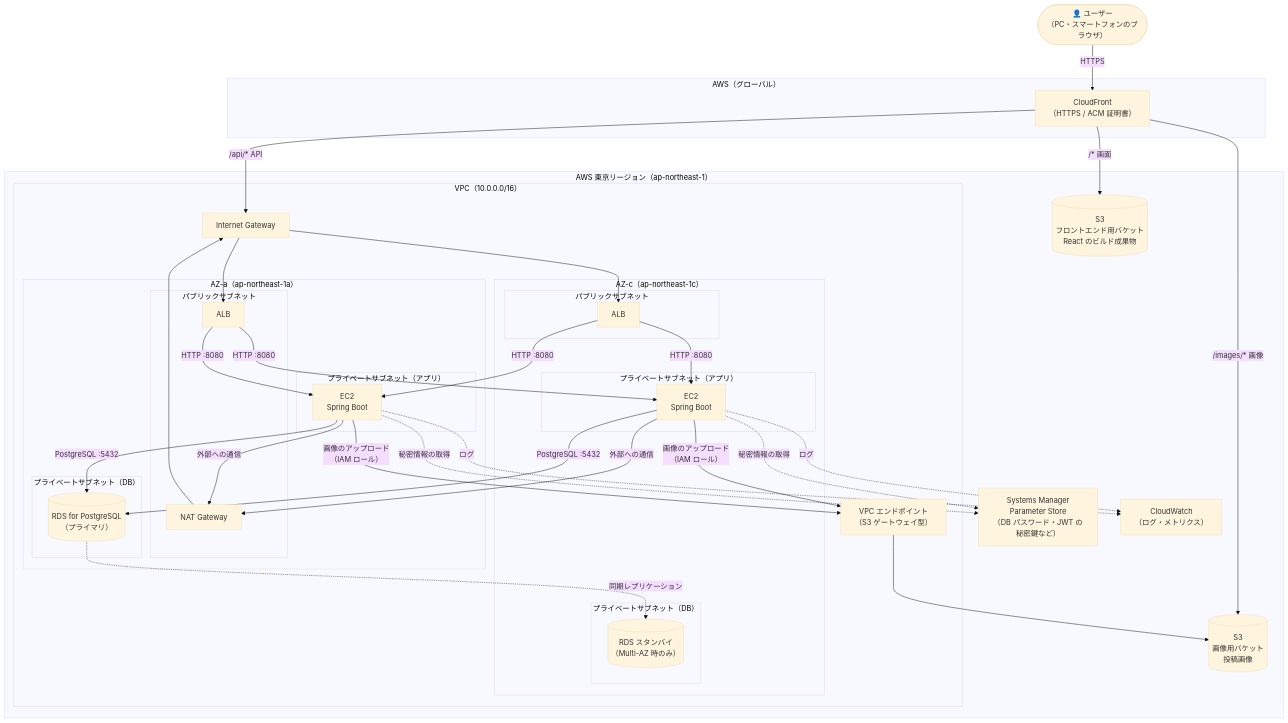
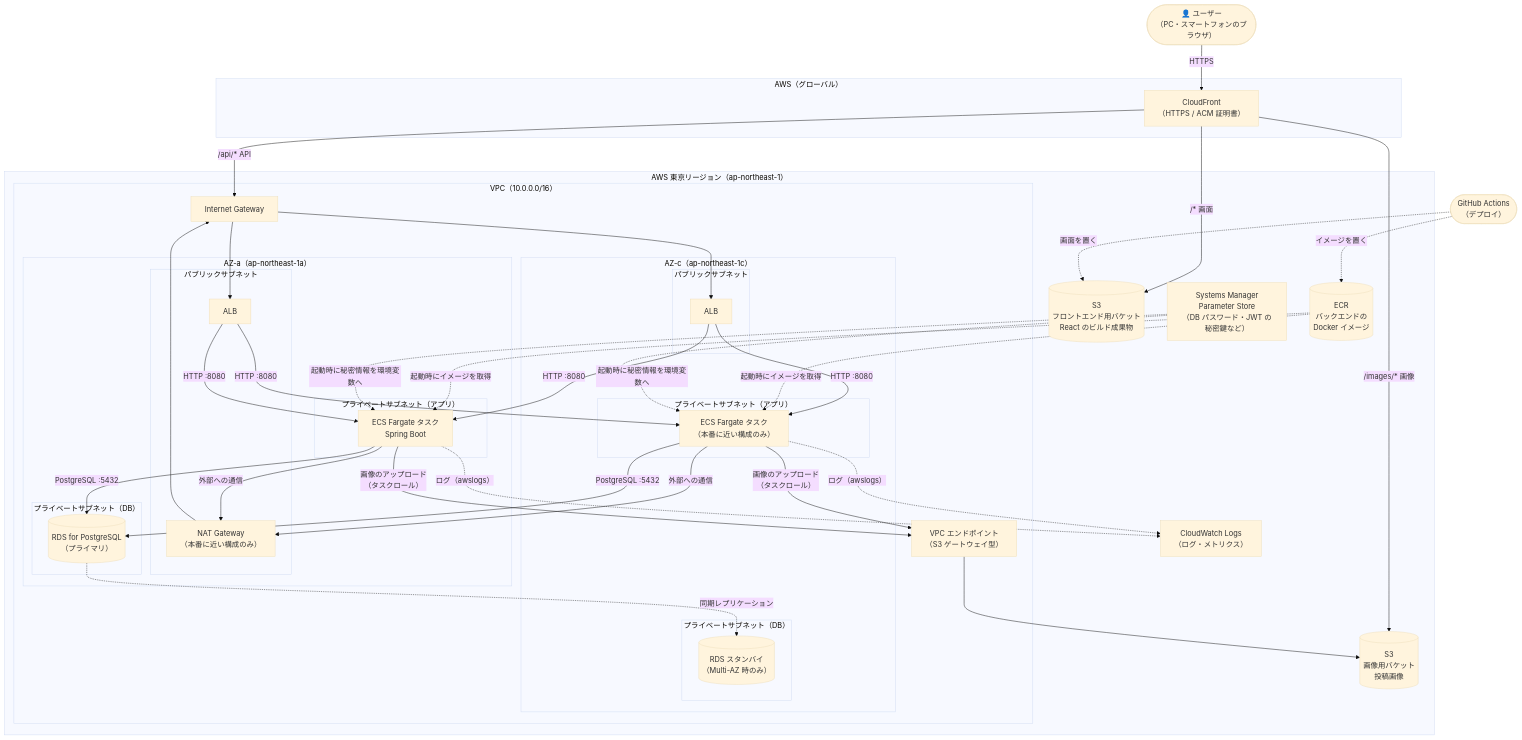
Before and after one commit to takeuchikoutagg/RaiseTime-Line: the diagram in docs/インフラ構成図.md, drawn with Mermaid (base theme). The commit also changed other lines of this file and 14 other files, not shown here.

First line of the commit message:
バックエンドの動かし方を EC2 から ECS Fargate に変える (#76)

````diff
--- a/docs/インフラ構成図.md
+++ b/docs/インフラ構成図.md
@@ -10,59 +11,64 @@
 ```mermaid
 flowchart TB
     User(["👤 ユーザー<br/>（PC・スマートフォンのブラウザ）"])
+    GHA(["GitHub Actions<br/>（デプロイ）"])
 
     subgraph Global["AWS（グローバル）"]
         CF["CloudFront<br/>（HTTPS / ACM 証明書）"]
     end
 
     subgraph Region["AWS 東京リージョン（ap-northeast-1）"]
         S3Front[("S3<br/>フロントエンド用バケット<br/>React のビルド成果物")]
         S3Img[("S3<br/>画像用バケット<br/>投稿画像")]
+        ECR[("ECR<br/>バックエンドの<br/>Docker イメージ")]
 
         subgraph VPC["VPC（10.0.0.0/16）"]
             IGW["Internet Gateway"]
             S3EP["VPC エンドポイント<br/>（S3 ゲートウェイ型）"]
 
             subgraph AZa["AZ-a（ap-northeast-1a）"]
                 subgraph PubA["パブリックサブネット"]
                     ALBa["ALB"]
-                    NAT["NAT Gateway"]
+                    NAT["NAT Gateway<br/>（本番に近い構成のみ）"]
                 end
                 subgraph AppA["プライベートサブネット（アプリ）"]
-                    EC2a["EC2<br/>Spring Boot"]
+                    TaskA["ECS Fargate タスク<br/>Spring Boot"]
                 end
                 subgraph DbA["プライベートサブネット（DB）"]
                     RDS[("RDS for PostgreSQL<br/>（プライマリ）")]
                 end
             end
 
             subgraph AZc["AZ-c（ap-northeast-1c）"]
                 subgraph PubC["パブリックサブネット"]
                     ALBc["ALB"]
                 end
                 subgraph AppC["プライベートサブネット（アプリ）"]
-                    EC2c["EC2<br/>Spring Boot"]
+                    TaskC["ECS Fargate タスク<br/>（本番に近い構成のみ）"]
                 end
                 subgraph DbC["プライベートサブネット（DB）"]
                     RDSs[("RDS スタンバイ<br/>（Multi-AZ 時のみ）")]
                 end
             end
         end
 
         SSM["Systems Manager<br/>Parameter Store<br/>（DB パスワード・JWT の秘密鍵など）"]
-        CW["CloudWatch<br/>（ログ・メトリクス）"]
+        CW["CloudWatch Logs<br/>（ログ・メトリクス）"]
     end
 
     User -- "HTTPS" --> CF
     CF -- "/* 画面" --> S3Front
     CF -- "/images/* 画像" --> S3Img
     CF -- "/api/* API" --> IGW
     IGW --> ALBa & ALBc
-    ALBa & ALBc -- "HTTP :8080" --> EC2a & EC2c
-    EC2a & EC2c -- "PostgreSQL :5432" --> RDS
+    ALBa & ALBc -- "HTTP :8080" --> TaskA & TaskC
+    TaskA & TaskC -- "PostgreSQL :5432" --> RDS
     RDS -. "同期レプリケーション" .-> RDSs
-    EC2a & EC2c -- "画像のアップロード<br/>（IAM ロール）" --> S3EP --> S3Img
-    EC2a & EC2c -- "外部への通信" --> NAT --> IGW
-    EC2a & EC2c -. "秘密情報の取得" .-> SSM
-    EC2a & EC2c -. "ログ" .-> CW
+    TaskA & TaskC -- "画像のアップロード<br/>（タスクロール）" --> S3EP --> S3Img
+    TaskA & TaskC -- "外部への通信" --> NAT --> IGW
+    ECR -. "起動時にイメージを取得" .-> TaskA & TaskC
+    SSM -. "起動時に秘密情報を環境変数へ" .-> TaskA & TaskC
+    TaskA & TaskC -. "ログ（awslogs）" .-> CW
+    GHA -. "イメージを置く" .-> ECR
+    GHA -. "画面を置く" .-> S3Front
 ```
````
